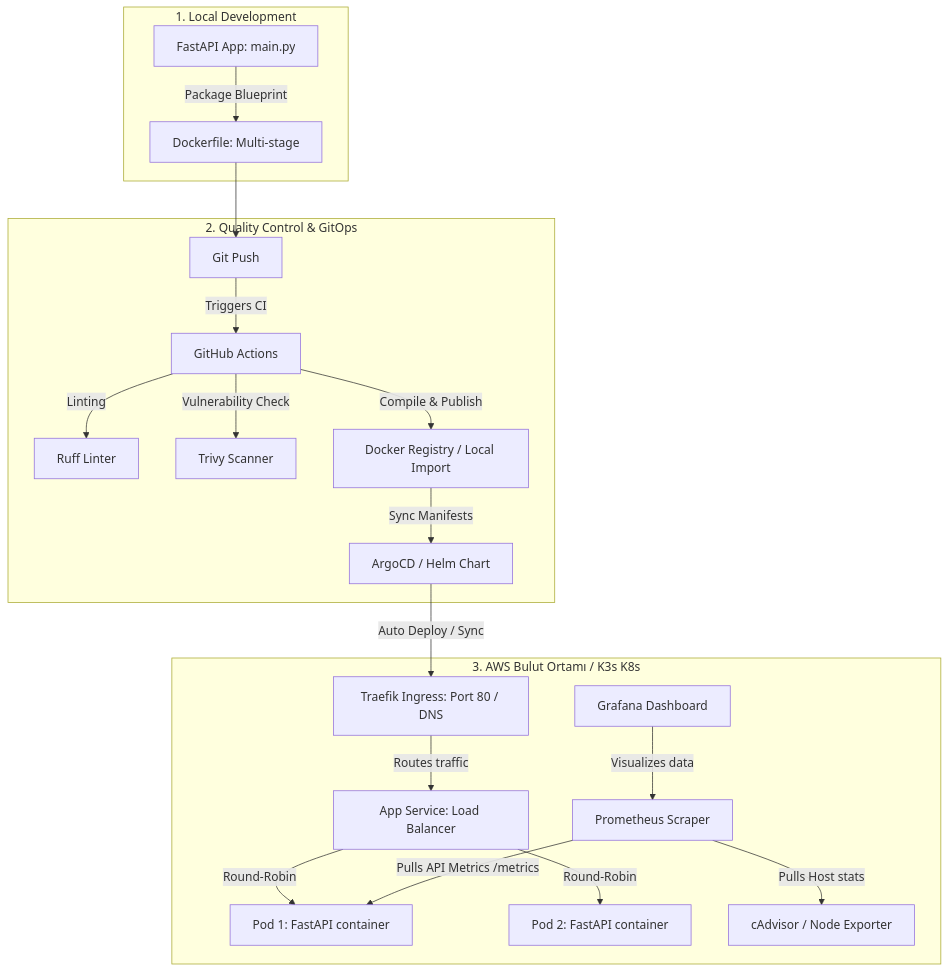
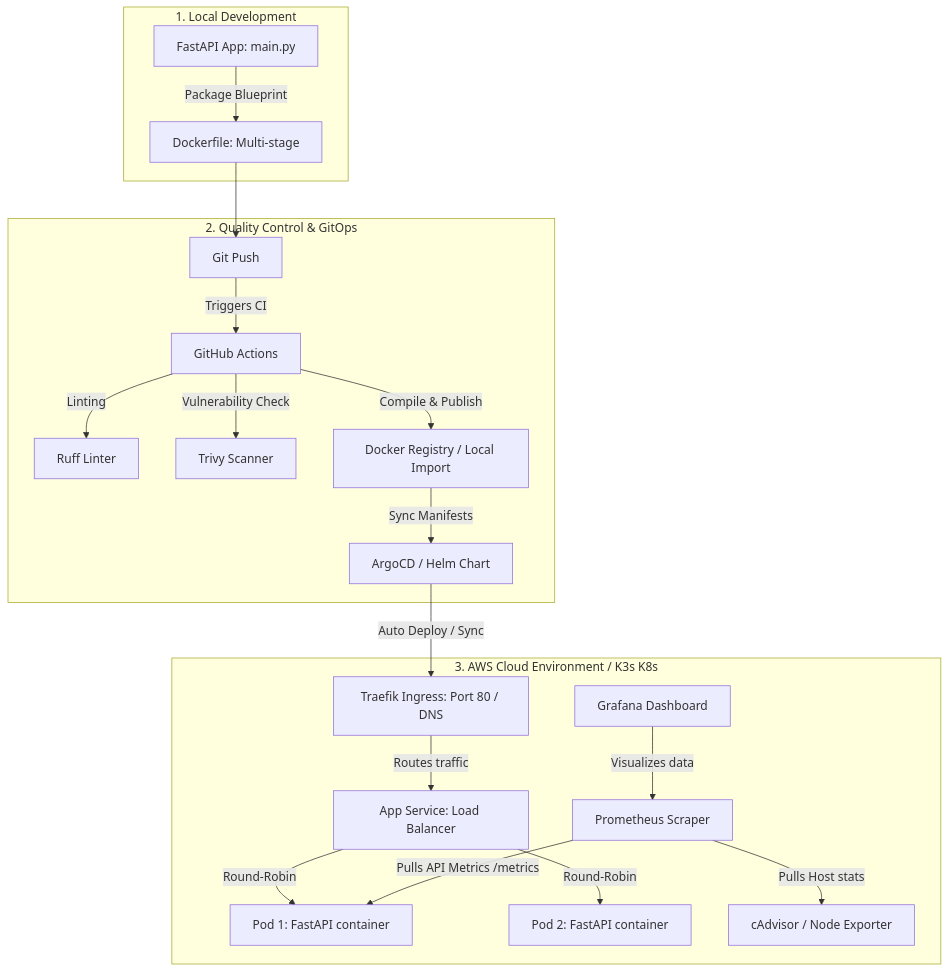
One commit to Bullute/MicroGitOps changed the diagram in README.md. Above: the diagram before and after it, drawn with Mermaid. The commit also changed other lines of this file, not shown here.

Commit message:
docs: final polish - translate mermaid labels, complete repo tree, enhance deploy guide

````diff
--- a/README.md
+++ b/README.md
@@ -13,30 +13,30 @@
 ```mermaid
 graph TD
     %% Section 1: Dev
     subgraph Developer Laptop [1. Local Development]
         A[FastAPI App: main.py] -->|Package Blueprint| B[Dockerfile: Multi-stage]
     end
 
     %% Section 2: CI/CD
     subgraph pipeline [2. Quality Control & GitOps]
         C[Git Push] -->|Triggers CI| D[GitHub Actions]
         D -->|Linting| E[Ruff Linter]
         D -->|Vulnerability Check| F[Trivy Scanner]
         D -->|Compile & Publish| G[Docker Registry / Local Import]
         G -->|Sync Manifests| H[ArgoCD / Helm Chart]
     end
 
     %% Section 3: AWS
-    subgraph aws [3. AWS Bulut Ortamı / K3s K8s]
+    subgraph aws [3. AWS Cloud Environment / K3s K8s]
         I[Traefik Ingress: Port 80 / DNS] -->|Routes traffic| J[App Service: Load Balancer]
         J -->|Round-Robin| K[Pod 1: FastAPI container]
         J -->|Round-Robin| L[Pod 2: FastAPI container]
         
         M[Prometheus Scraper] -->|Pulls API Metrics /metrics| K
         M -->|Pulls Host stats| N[cAdvisor / Node Exporter]
         O[Grafana Dashboard] -->|Visualizes data| M
     end
 
     B --> C
     H -->|Auto Deploy / Sync| I
 ```
````
